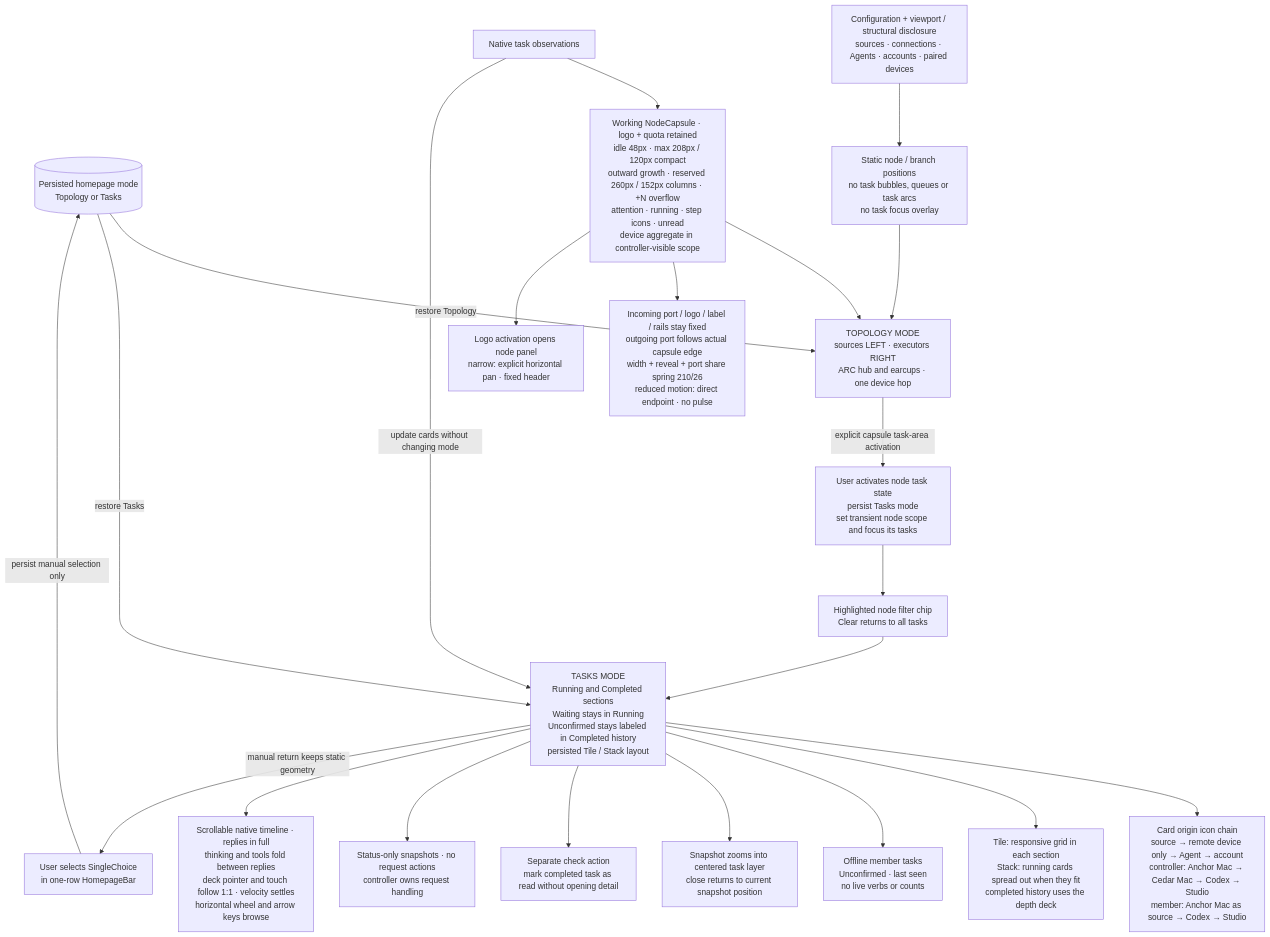
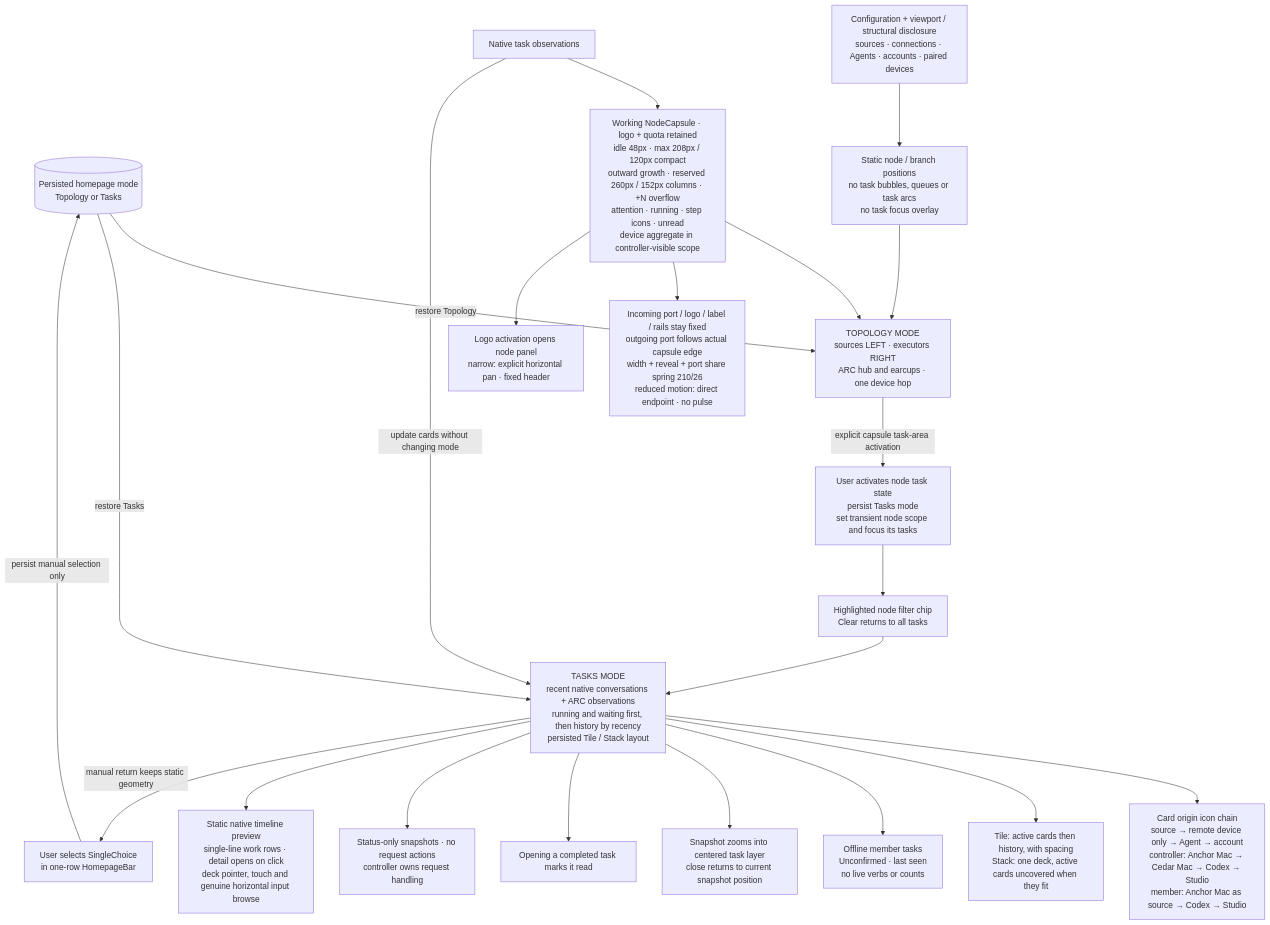
One commit to whzxc/agent-remote-control changed the diagram in arch/mechanisms/homepage-modes.mmd. Above: the diagram before and after it, drawn with Mermaid. The commit also changed 23 other files, not shown here.

Commit message:
fix(homepage): restore recent tasks and simplify task cards

```diff
--- a/arch/mechanisms/homepage-modes.mmd
+++ b/arch/mechanisms/homepage-modes.mmd
@@ -1,39 +1,39 @@
 %% Homepage modes (layer 2): static topology and task presentation are independent projections.
 %% Index and code mapping: docs/dev/arch-assets.md
 flowchart TB
   preference[("Persisted homepage mode<br/>Topology or Tasks")]
   switch["User selects SingleChoice<br/>in one-row HomepageBar"]
   topology["TOPOLOGY MODE<br/>sources LEFT · executors RIGHT<br/>ARC hub and earcups · one device hop"]
   config["Configuration + viewport / structural disclosure<br/>sources · connections · Agents · accounts · paired devices"]
   positions["Static node / branch positions<br/>no task bubbles, queues or task arcs<br/>no task focus overlay"]
   observations["Native task observations"]
   badges["Working NodeCapsule · logo + quota retained<br/>idle 48px · max 208px / 120px compact<br/>outward growth · reserved 260px / 152px columns · +N overflow<br/>attention · running · step icons · unread<br/>device aggregate in controller-visible scope"]
   ports["Incoming port / logo / label / rails stay fixed<br/>outgoing port follows actual capsule edge<br/>width + reveal + port share spring 210/26<br/>reduced motion: direct endpoint · no pulse"]
   panel["Logo activation opens node panel<br/>narrow: explicit horizontal pan · fixed header"]
   jump["User activates node task state<br/>persist Tasks mode<br/>set transient node scope and focus its tasks"]
-  tasks["TASKS MODE<br/>Running and Completed sections<br/>Waiting stays in Running<br/>Unconfirmed stays labeled in Completed history<br/>persisted Tile / Stack layout"]
-  layout["Tile: responsive grid in each section<br/>Stack: running cards spread out when they fit<br/>completed history uses the depth deck"]
+  tasks["TASKS MODE<br/>recent native conversations + ARC observations<br/>running and waiting first, then history by recency<br/>persisted Tile / Stack layout"]
+  layout["Tile: active cards then history, with spacing<br/>Stack: one deck, active cards uncovered when they fit"]
   chain["Card origin icon chain<br/>source → remote device only → Agent → account<br/>controller: Anchor Mac → Cedar Mac → Codex → Studio<br/>member: Anchor Mac as source → Codex → Studio"]
   offline["Offline member tasks<br/>Unconfirmed · last seen<br/>no live verbs or counts"]
   filter["Highlighted node filter chip<br/>Clear returns to all tasks"]
   details["Snapshot zooms into centered task layer<br/>close returns to current snapshot position"]
-  read["Separate check action<br/>mark completed task as read without opening detail"]
+  read["Opening a completed task marks it read"]
   order["Status-only snapshots · no request actions<br/>controller owns request handling"]
-  overflow["Scrollable native timeline · replies in full<br/>thinking and tools fold between replies<br/>deck pointer and touch follow 1:1 · velocity settles<br/>horizontal wheel and arrow keys browse"]
+  overflow["Static native timeline preview<br/>single-line work rows · detail opens on click<br/>deck pointer, touch and genuine horizontal input browse"]
   switch -->|"persist manual selection only"| preference
   preference -->|"restore Topology"| topology
   preference -->|"restore Tasks"| tasks
   config --> positions --> topology
   observations --> badges --> topology
   badges --> ports
   badges --> panel
   observations -->|"update cards without changing mode"| tasks
   topology -->|"explicit capsule task-area activation"| jump --> filter --> tasks
   tasks --> chain
   tasks --> layout
   tasks --> offline
   tasks --> details
   tasks --> read
   tasks --> order
   tasks --> overflow
   tasks -->|"manual return keeps static geometry"| switch
```
